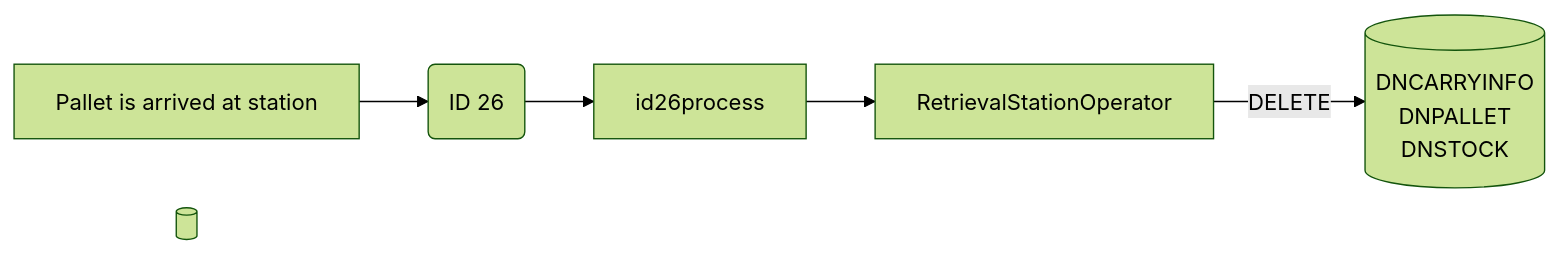
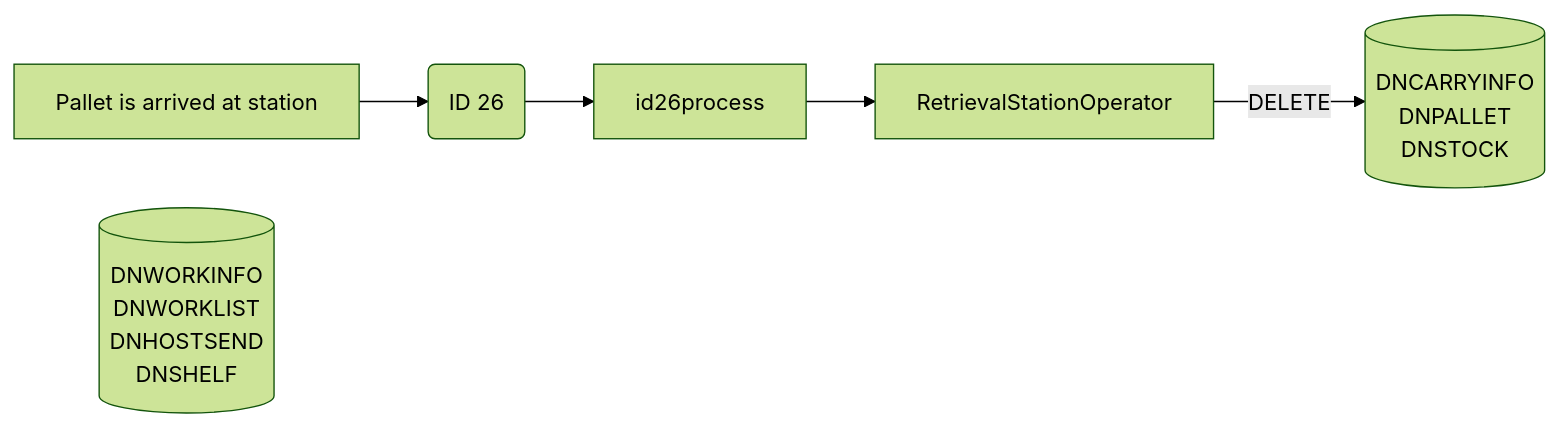
The eighth of 8 diagrams in Basic-Design/DFD-WMS/Retrieval/Unplanned-Retrieval-from-HP-Area.md (luthfiadityaa/SimeDarby-Wiki), drawn with Mermaid (forest theme) before and after one commit.

Commit message:
Updated Unplanned Retrieval from HP Area

```diff
--- a/Basic-Design/DFD-WMS/Retrieval/Unplanned-Retrieval-from-HP-Area.md
+++ b/Basic-Design/DFD-WMS/Retrieval/Unplanned-Retrieval-from-HP-Area.md
@@ -233,31 +233,34 @@
 ::: mermaid
 flowchart LR
 
 buttonclicked["
 Pallet is arrived at station
 "]
 
 id26msg("
 ID 26
 ")
 
 id26-update[("
-
+DNWORKINFO
+DNWORKLIST
+DNHOSTSEND
+DNSHELF
 ")]
 
 id26-delete[("
 DNCARRYINFO
 DNPALLET
 DNSTOCK
 ")]
 
 id26process[id26process]
 retrievaloperator[RetrievalStationOperator]
 
 
 buttonclicked --> id26msg
 id26msg -->id26process
 id26process-->retrievaloperator
 
 retrievaloperator--> |DELETE| id26-delete
 :::
```
